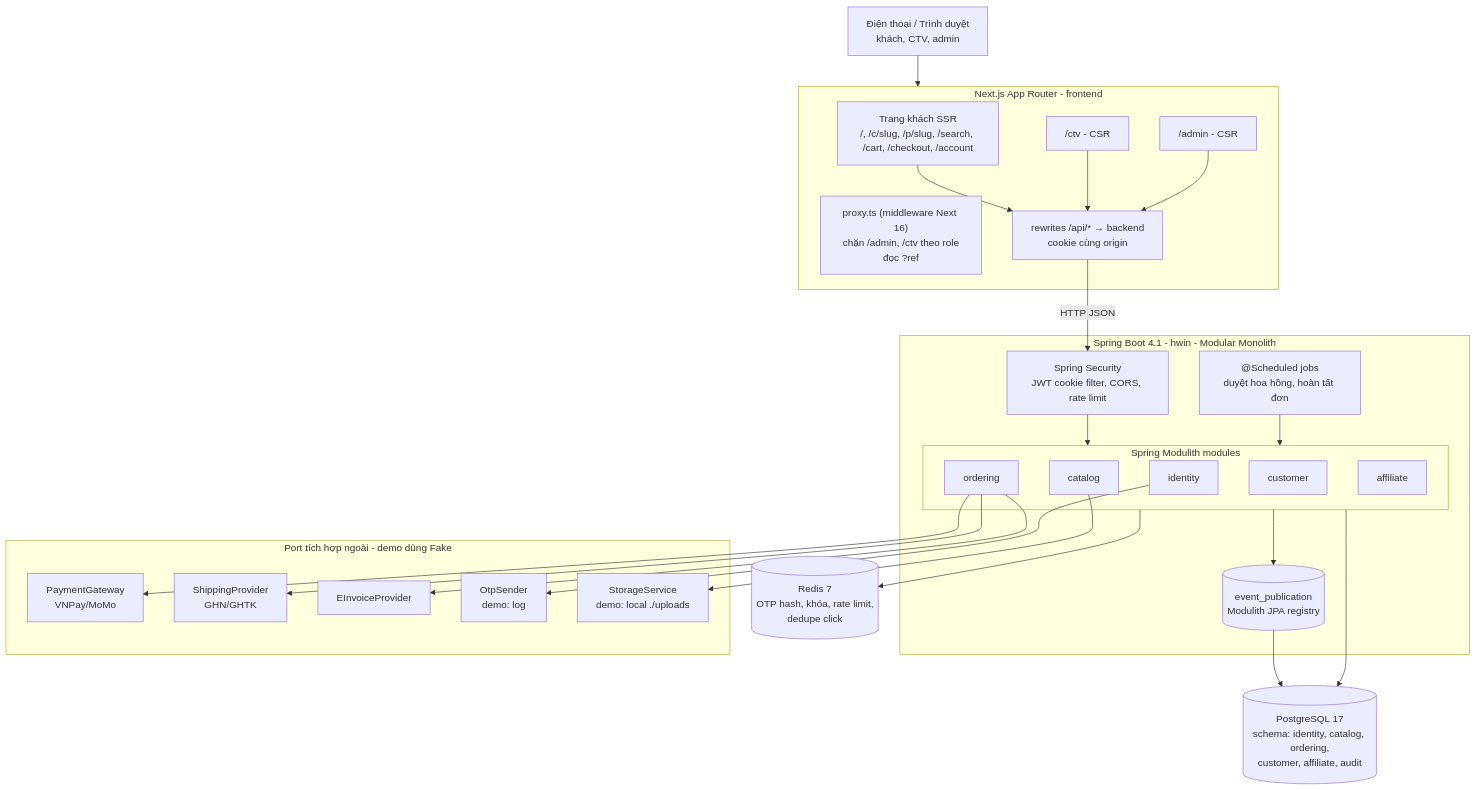
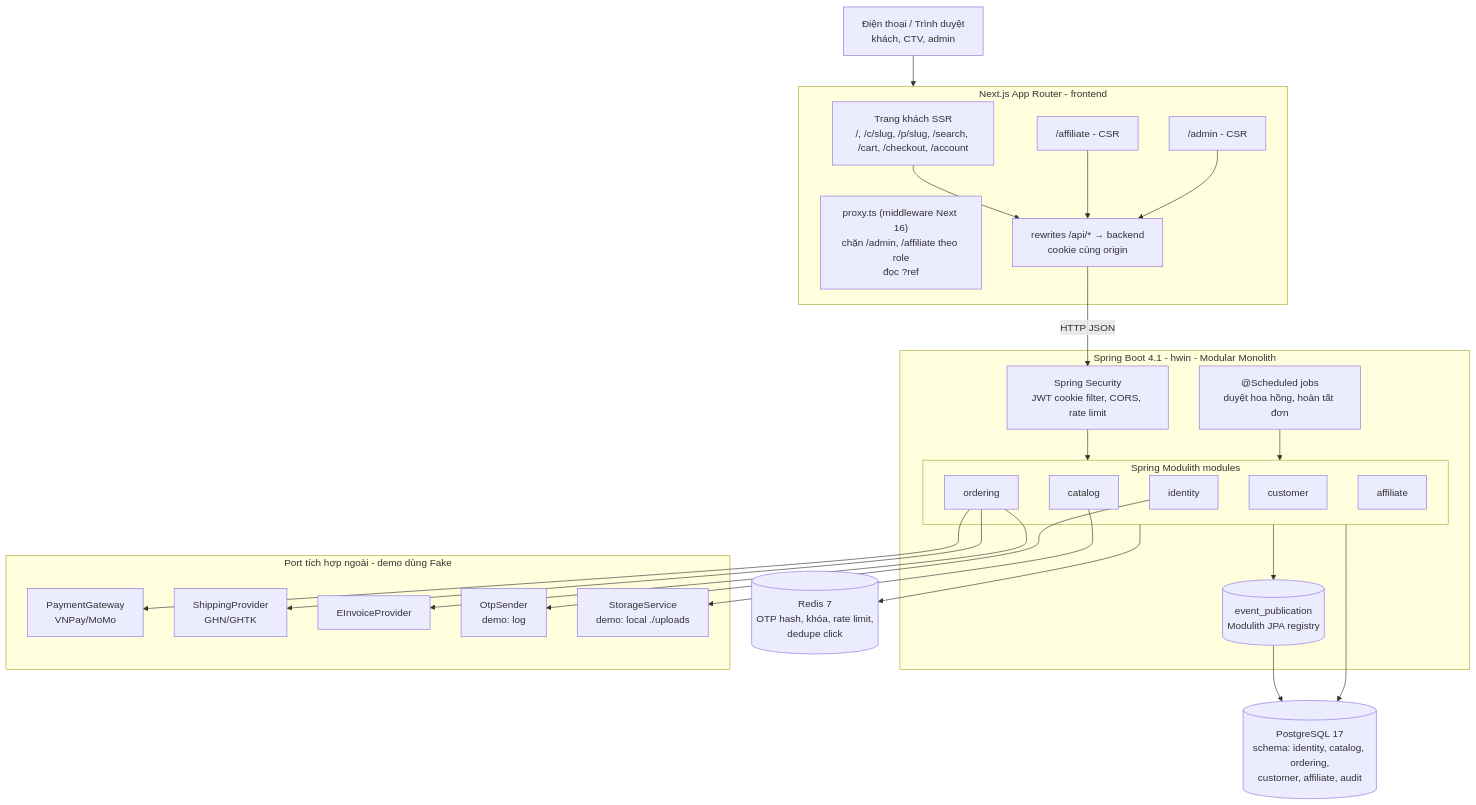
One commit to Vietnguyen203/Hwingroupweb changed the second of 2 diagrams in docs/01-system-design.md. Above: the diagram before and after it, drawn with Mermaid. The commit also changed other lines of this file and 7 other files, not shown here.

````diff
--- a/docs/01-system-design.md
+++ b/docs/01-system-design.md
@@ -134,53 +134,53 @@
 ```mermaid
 flowchart TB
     U["Điện thoại / Trình duyệt<br/>khách, CTV, admin"]
 
     subgraph FE[Next.js App Router - frontend]
         SSR["Trang khách SSR<br/>/, /c/slug, /p/slug, /search, /cart, /checkout, /account"]
-        CTV["/ctv - CSR"]
+        CTV["/affiliate - CSR"]
         ADM["/admin - CSR"]
-        MW["proxy.ts (middleware Next 16)<br/>chặn /admin, /ctv theo role<br/>đọc ?ref"]
+        MW["proxy.ts (middleware Next 16)<br/>chặn /admin, /affiliate theo role<br/>đọc ?ref"]
         RW["rewrites /api/* → backend<br/>cookie cùng origin"]
     end
 
     subgraph BE[Spring Boot 4.1 - hwin - Modular Monolith]
         SEC["Spring Security<br/>JWT cookie filter, CORS, rate limit"]
         subgraph MODS[Spring Modulith modules]
             I[identity]
             C[catalog]
             O[ordering]
             CU[customer]
             A[affiliate]
         end
         EV[("event_publication<br/>Modulith JPA registry")]
         JOB["@Scheduled jobs<br/>duyệt hoa hồng, hoàn tất đơn"]
     end
 
     PG[("PostgreSQL 17<br/>schema: identity, catalog, ordering,<br/>customer, affiliate, audit")]
     RD[("Redis 7<br/>OTP hash, khóa, rate limit,<br/>dedupe click")]
 
     subgraph PORTS[Port tích hợp ngoài - demo dùng Fake]
         P1["PaymentGateway<br/>VNPay/MoMo"]
         P2["ShippingProvider<br/>GHN/GHTK"]
         P3[EInvoiceProvider]
         P4["OtpSender<br/>demo: log"]
         P5["StorageService<br/>demo: local ./uploads"]
     end
 
     U --> FE
     SSR --> RW
     CTV --> RW
     ADM --> RW
     RW -->|HTTP JSON| SEC
     SEC --> MODS
     MODS --> PG
     MODS --> RD
     MODS --> EV
     EV --> PG
     JOB --> MODS
     O --> P1
     O --> P2
     O --> P3
     I --> P4
     C --> P5
 ```
````
